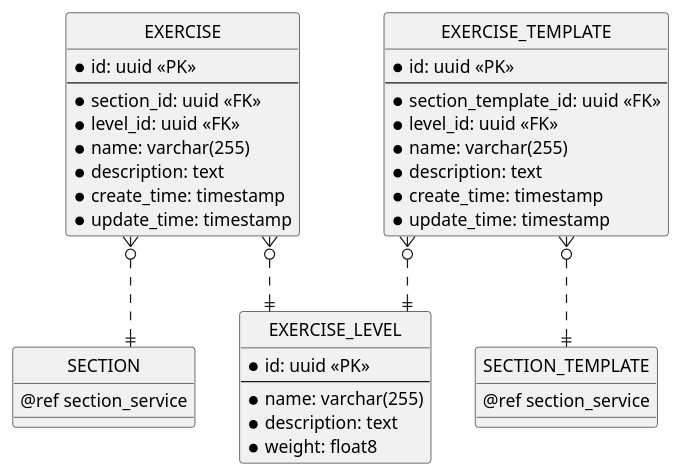
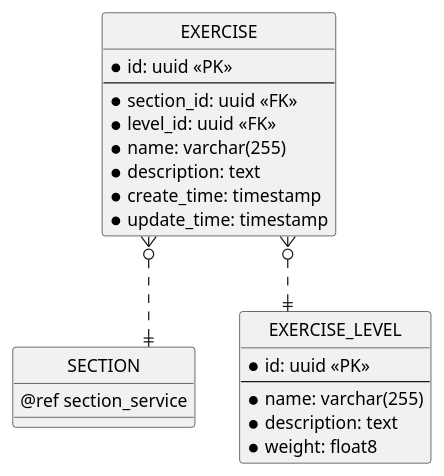
Before and after one commit to chungnguyenbkcse/ERD-USECASE-KIDSDRAWING: the tenth of 13 diagrams in erd.md, drawn with PlantUML. The commit also changed other lines of this file and 1 other file, not shown here.

Commit message:
fix relationship for section template

````diff
--- a/erd.md
+++ b/erd.md
@@ -535,53 +536,37 @@
 ```plantuml
 @startuml exercise_service
 ' hide the spot
 hide circle
 
 ' avoid problems with angled crows feet
 skinparam linetype ortho
 
 entity "SECTION" as section {
     @ref section_service
 }
 
 entity "EXERCISE_LEVEL" as exercise_level {
     * id: uuid <<PK>>
     --
     * name: varchar(255)
     * description: text
     * weight: float8
 }
 
 entity "EXERCISE" as exercise {
     * id: uuid <<PK>>
     --
     * section_id: uuid <<FK>>
     * level_id: uuid <<FK>>
     * name: varchar(255)
     * description: text
     * create_time: timestamp
     * update_time: timestamp
 }
 
-entity "EXERCISE_TEMPLATE" as exercise_template {
-    * id: uuid <<PK>>
-    --
-    * section_template_id: uuid <<FK>>
-    * level_id: uuid <<FK>>
-    * name: varchar(255)
-    * description: text
-    * create_time: timestamp
-    * update_time: timestamp
-}
-
-entity "SECTION_TEMPLATE" as section_template {
-    @ref section_service
-}
 
 ' Exercise Relationship
 exercise }o..|| exercise_level
 exercise }o..|| section
-exercise_template }o..|| exercise_level
-exercise_template }o..|| section_template
 @enduml
 ```
````
